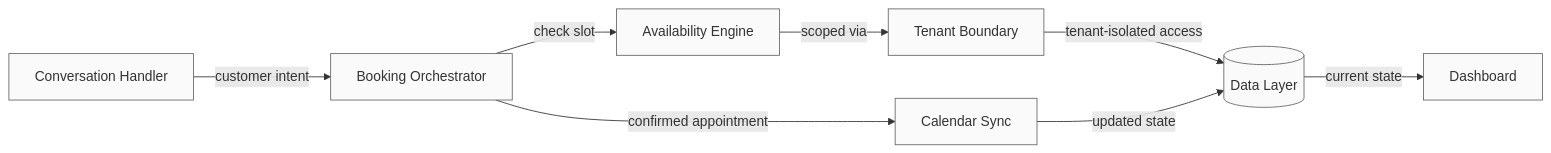
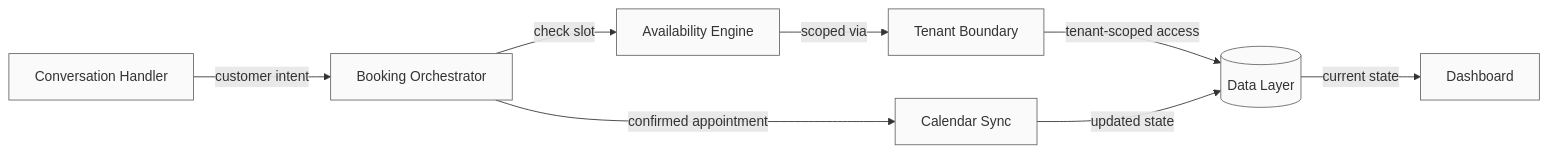
One commit to ori010/TorBot-Engineering-Showcase changed the second of 2 diagrams in docs/architecture-overview.md. Above: the diagram before and after it, drawn with Mermaid. The commit also changed other lines of this file and 4 other files, not shown here.

````diff
--- a/docs/architecture-overview.md
+++ b/docs/architecture-overview.md
@@ -56,21 +56,21 @@
 ```mermaid
 flowchart LR
     CH[Conversation Handler]
     BO[Booking Orchestrator]
     AE[Availability Engine]
     TB[Tenant Boundary]
     DL[(Data Layer)]
     CS[Calendar Sync]
     DB[Dashboard]
 
     CH -->|customer intent| BO
     BO -->|check slot| AE
     AE -->|scoped via| TB
-    TB -->|tenant-isolated access| DL
+    TB -->|tenant-scoped access| DL
     BO -->|confirmed appointment| CS
     CS -->|updated state| DL
     DL -->|current state| DB
 
     classDef component fill:#fafafa,stroke:#666,stroke-width:1px
     class CH,BO,AE,TB,DL,CS,DB component
 ```
````
